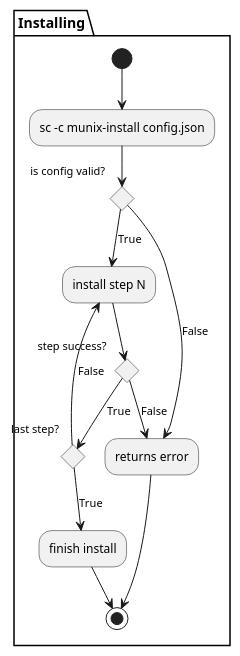
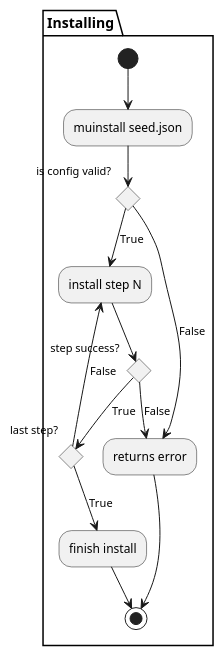
Before and after one commit to Munix-Developers/munix-standalone-installer: the diagram in doc/001-installer-activity.puml, drawn with PlantUML. The commit also changed 2 other files, not shown here.

```diff
--- a/doc/001-installer-activity.puml
+++ b/doc/001-installer-activity.puml
@@ -1,22 +1,22 @@
 @startuml
 partition Installing {
-    (*)  --> "sc -c munix-install config.json"
+    (*)  --> "muinstall seed.json"
     if "is config valid?" then
         --> [True] "install step N"
         if step success?
             [True] if last step?
                 --> [False] "install step N"
             else
                 --> [True] "finish install"
                 -->(*)
             endif
         else
             --> [False] "returns error"
         endif
 
     else
         --> [False] "returns error"
     endif
 }
 -->(*)
 @enduml
```
